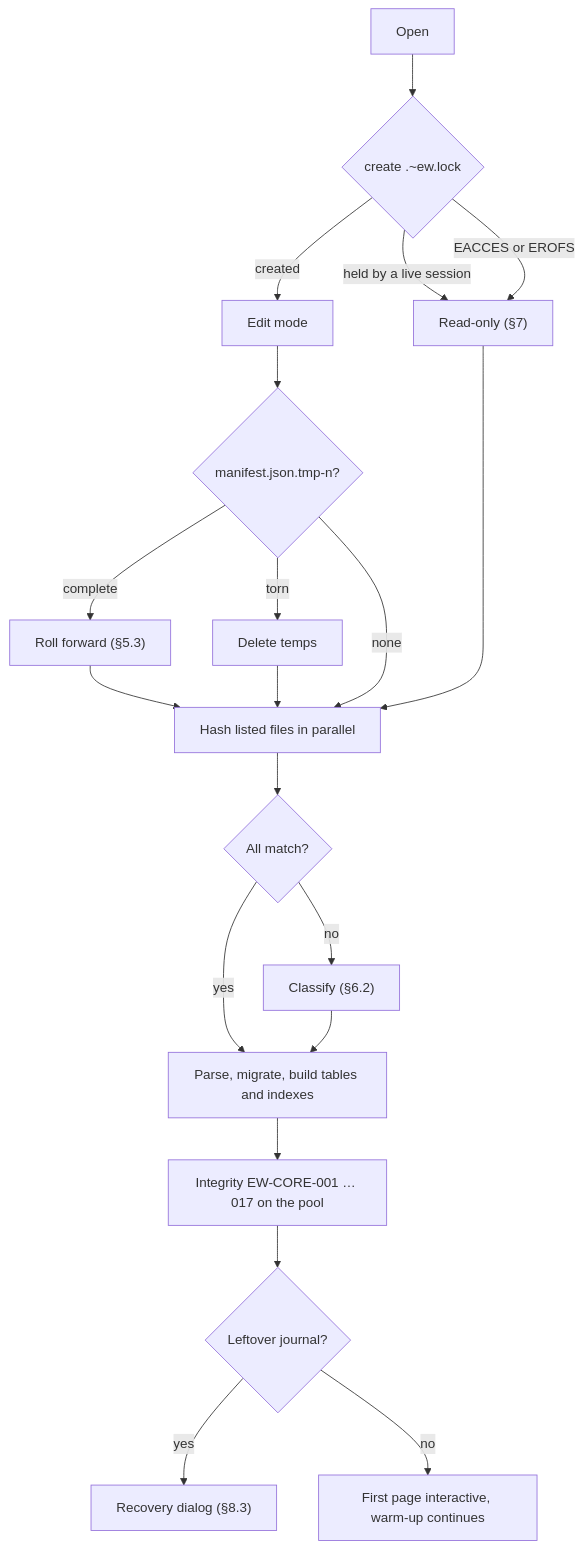
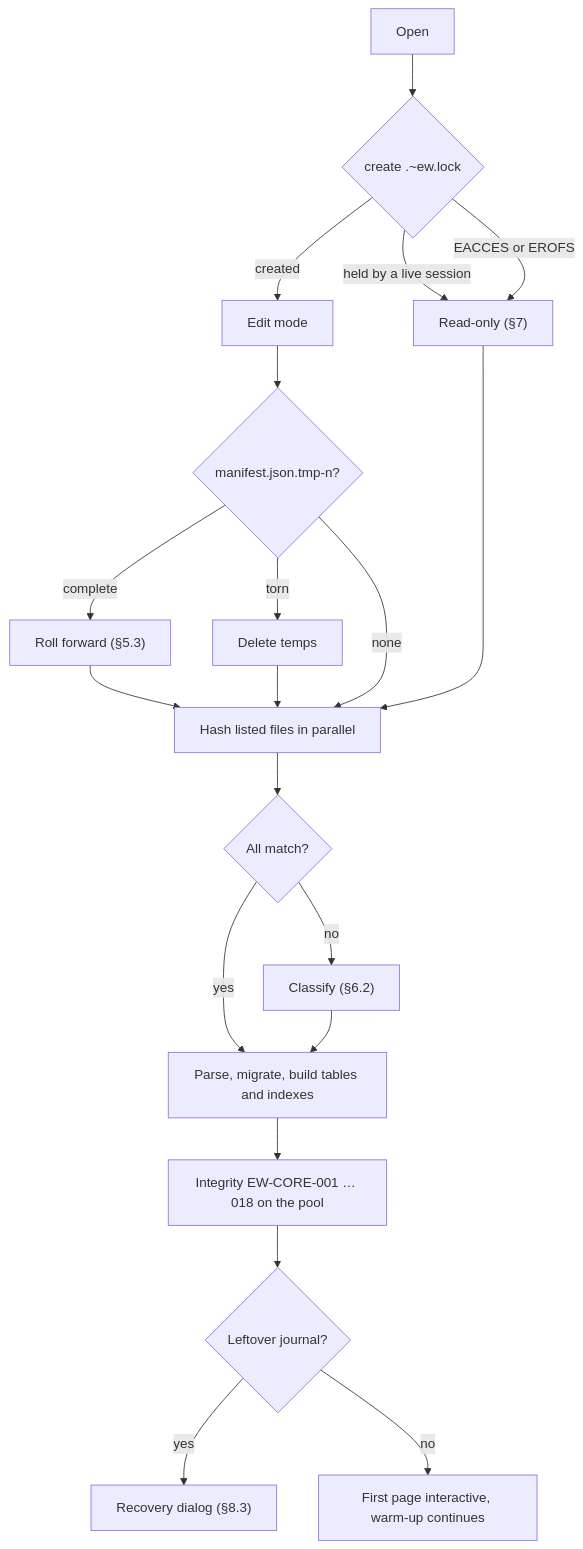
The second of 3 diagrams in docs/design/05-project-format-and-persistence.md (Ironkode787/ElektraWatt), drawn with Mermaid before and after one commit. The commit also changed other lines of this file and 21 other files, not shown here.

````diff
--- a/docs/design/05-project-format-and-persistence.md
+++ b/docs/design/05-project-format-and-persistence.md
@@ -594,19 +594,19 @@
 ```mermaid
 flowchart TD
   S[Open] --> L{"create .~ew.lock"}
   L -- created --> RW[Edit mode]
   L -- "held by a live session" --> RO["Read-only (§7)"]
   L -- "EACCES or EROFS" --> RO
   RW --> T{"manifest.json.tmp-n?"}
   T -- complete --> F["Roll forward (§5.3)"] --> H
   T -- torn --> D[Delete temps] --> H
   T -- none --> H["Hash listed files in parallel"]
   RO --> H
   H --> M{"All match?"}
   M -- yes --> P["Parse, migrate, build tables and indexes"]
   M -- no --> C["Classify (§6.2)"] --> P
-  P --> I["Integrity EW-CORE-001 … 017 on the pool"]
+  P --> I["Integrity EW-CORE-001 … 018 on the pool"]
   I --> J{"Leftover journal?"}
   J -- yes --> R["Recovery dialog (§8.3)"]
   J -- no --> O["First page interactive, warm-up continues"]
 ```
````
